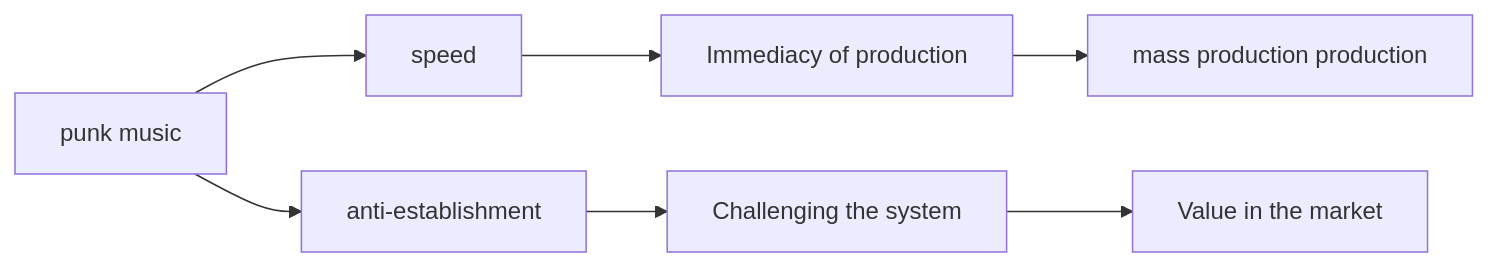
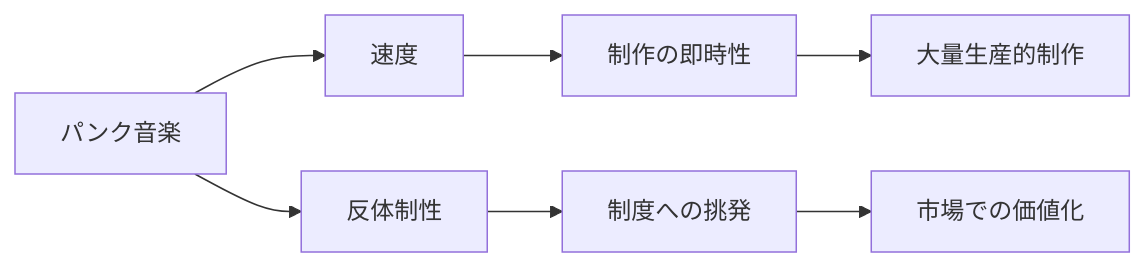
Before and after one commit to monumental-movement/monumental-movement.github.io: the second of 2 diagrams in en/_posts/2026-04-18-column-damien-hirst.md, drawn with Mermaid. The commit also changed other lines of this file and 2196 other files, not shown here.

```diff
--- a/en/_posts/2026-04-18-column-damien-hirst.md
+++ b/en/_posts/2026-04-18-column-damien-hirst.md
@@ -151,9 +150,9 @@
 <div class="mermaid">
 flowchart LR
-    A[punk music] --> B[speed]
-    A --> C[anti-establishment]
-    B --> D[Immediacy of production]
-    C --> E[Challenging the system]
-    D --> F[mass production production]
-    E --> G[Value in the market]
+    A[パンク音楽] --> B[速度]
+    A --> C[反体制性]
+    B --> D[制作の即時性]
+    C --> E[制度への挑発]
+    D --> F[大量生産的制作]
+    E --> G[市場での価値化]
 </div>
```
